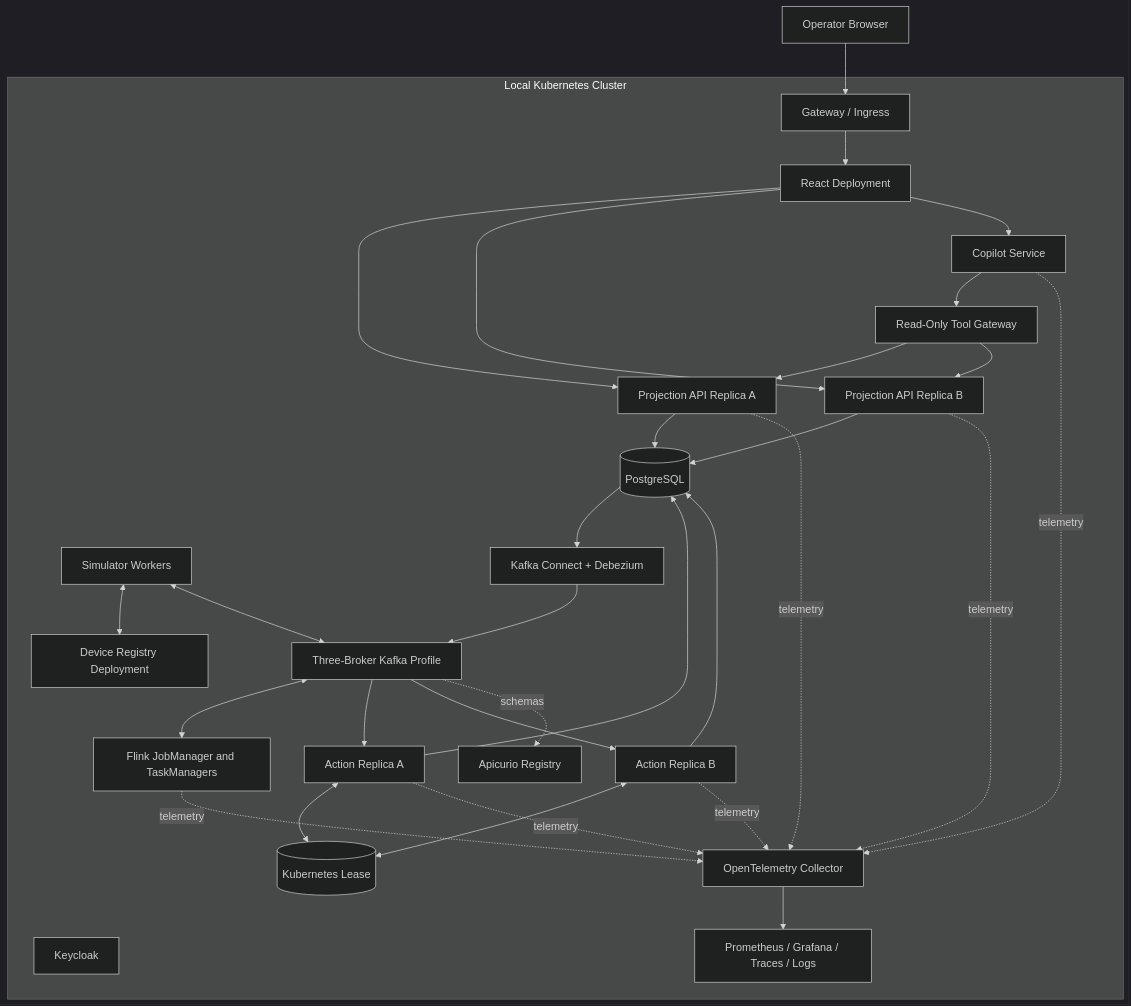
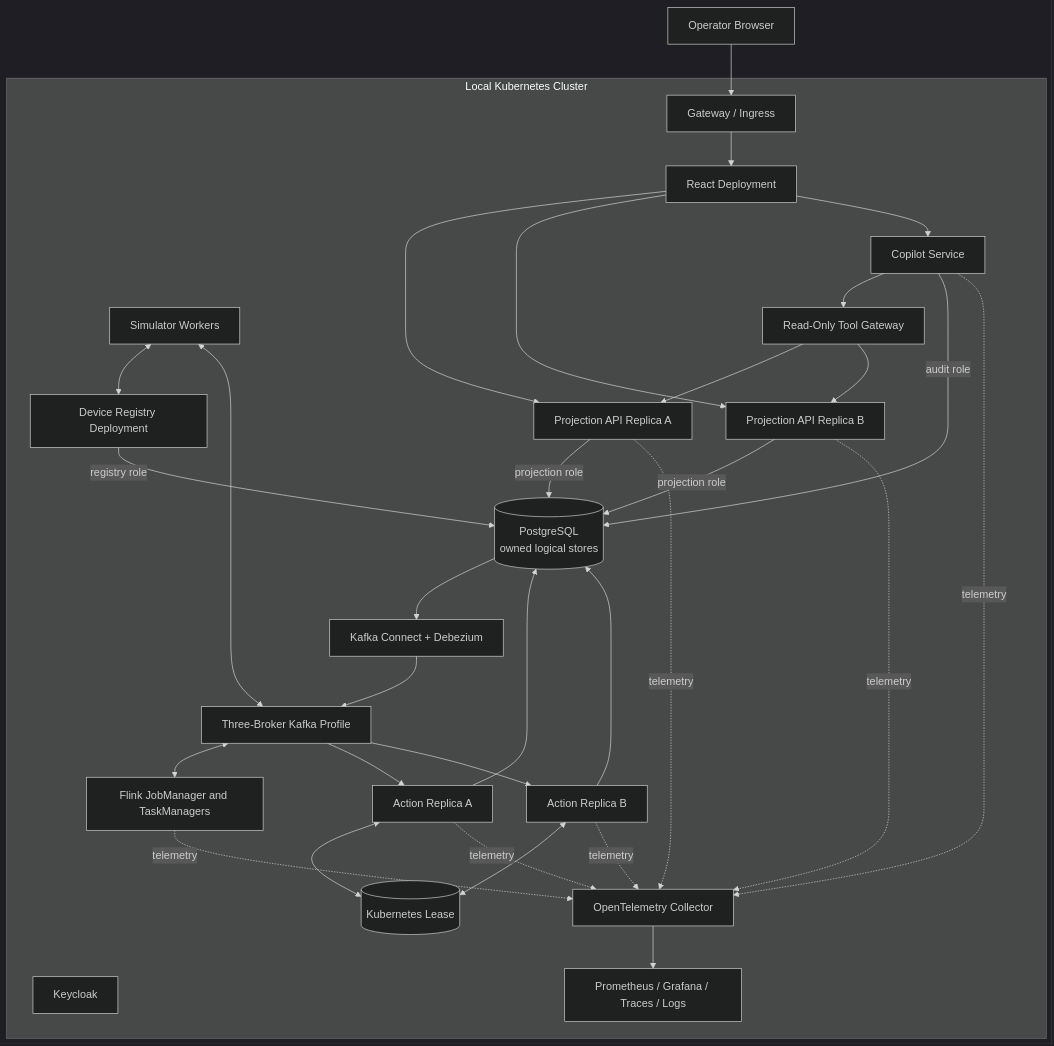
The second of 2 diagrams in docs/design/SYSTEM_DESIGN.md (snkprdhn/CMPE-273-Group-10-Project), drawn with Mermaid (dark theme) before and after one commit. The commit also changed other lines of this file and 35 other files, not shown here.

````diff
--- a/docs/design/SYSTEM_DESIGN.md
+++ b/docs/design/SYSTEM_DESIGN.md
@@ -147,54 +145,54 @@
 ```mermaid
 flowchart TB
     BROWSER[Operator Browser]
     subgraph CLUSTER[Local Kubernetes Cluster]
         GW[Gateway / Ingress]
         WEB[React Deployment]
         API1[Projection API Replica A]
         API2[Projection API Replica B]
         ACT1[Action Replica A]
         ACT2[Action Replica B]
         LEASE[(Kubernetes Lease)]
         REG[Device Registry Deployment]
         SIM[Simulator Workers]
         FLINK[Flink JobManager and TaskManagers]
         KAFKA[Three-Broker Kafka Profile]
         CONNECT[Kafka Connect + Debezium]
-        SCHEMA[Apicurio Registry]
-        DB[(PostgreSQL)]
+        DB[(PostgreSQL<br/>owned logical stores)]
         IDP[Keycloak]
         AGENT[Copilot Service]
         TOOLS[Read-Only Tool Gateway]
         OTEL[OpenTelemetry Collector]
         OBS[Prometheus / Grafana / Traces / Logs]
     end
     BROWSER --> GW
     GW --> WEB
     WEB --> API1
     WEB --> API2
     WEB --> AGENT
     AGENT --> TOOLS
     TOOLS --> API1
     TOOLS --> API2
     ACT1 <--> LEASE
     ACT2 <--> LEASE
     SIM <--> REG
+    REG -->|registry role| DB
     SIM <--> KAFKA
     KAFKA <--> FLINK
     KAFKA --> ACT1
     KAFKA --> ACT2
     ACT1 --> DB
     ACT2 --> DB
     DB --> CONNECT
     CONNECT --> KAFKA
-    KAFKA -.schemas.-> SCHEMA
-    API1 --> DB
-    API2 --> DB
+    API1 -->|projection role| DB
+    API2 -->|projection role| DB
+    AGENT -->|audit role| DB
     API1 -.telemetry.-> OTEL
     API2 -.telemetry.-> OTEL
     ACT1 -.telemetry.-> OTEL
     ACT2 -.telemetry.-> OTEL
     FLINK -.telemetry.-> OTEL
     AGENT -.telemetry.-> OTEL
     OTEL --> OBS
 ```
````
